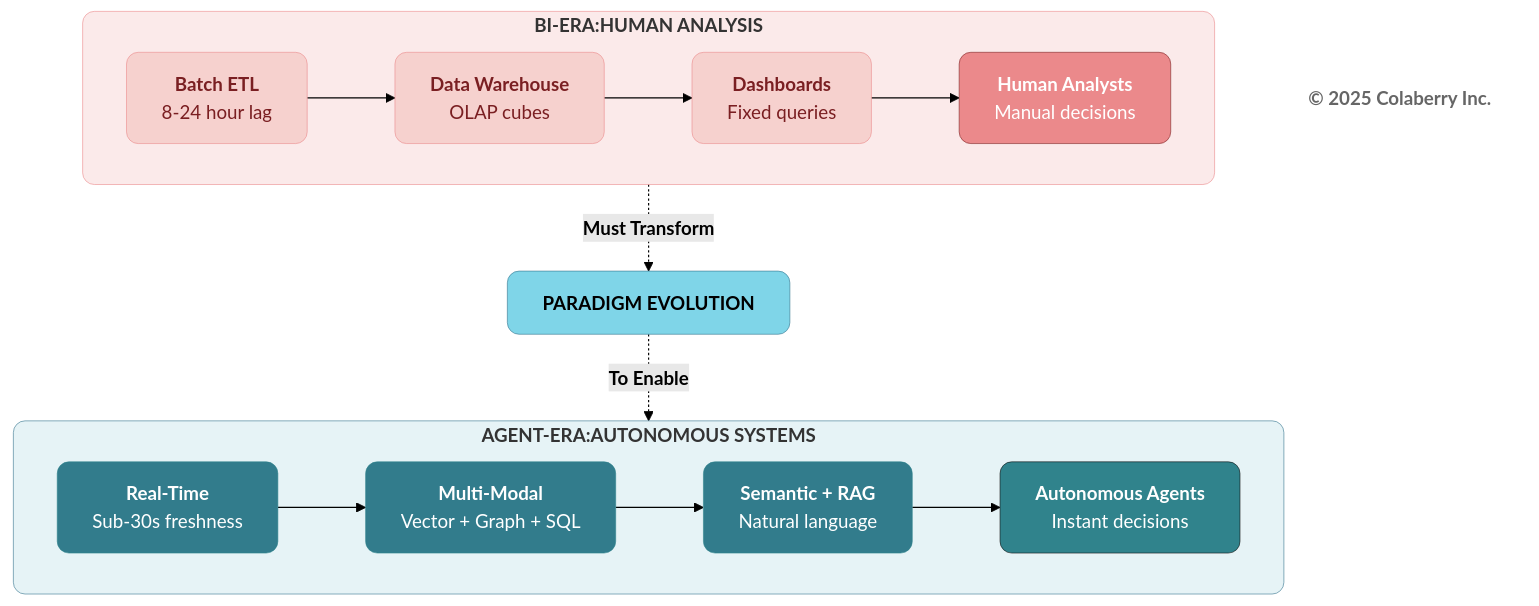
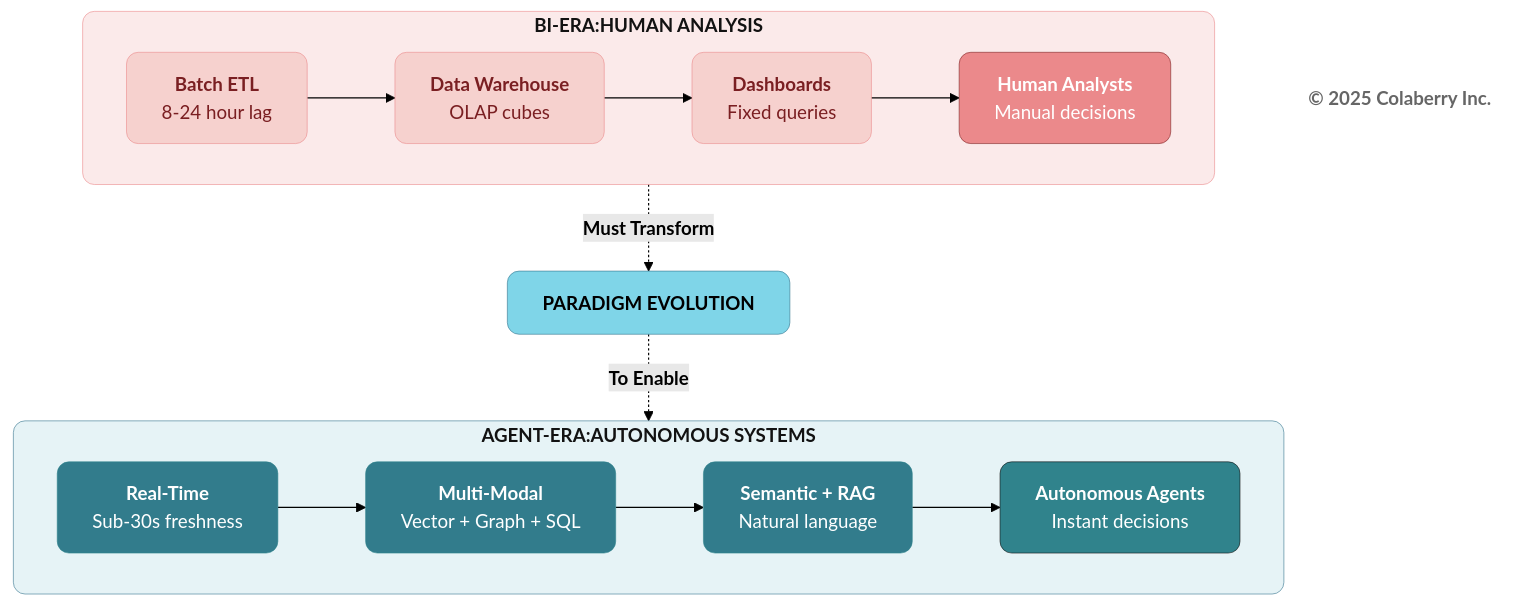
One commit to saitejesh-cyber/trust-before-intelligence-book changed the third of 4 diagrams in manuscript/04_chapter_3_from_bi_to_agent.md. Above: the diagram before and after it, drawn with Mermaid (forest theme). The commit also changed other lines of this file and 12 other files, not shown here.

````diff
--- a/manuscript/04_chapter_3_from_bi_to_agent.md
+++ b/manuscript/04_chapter_3_from_bi_to_agent.md
@@ -204,48 +204,48 @@
 ```mermaid
 graph TB
     subgraph old["<b>BI-ERA:HUMAN ANALYSIS</b>"]
         direction LR
         O1["<b>Batch ETL</b><br/>8-24 hour lag"]
         O2["<b>Data Warehouse</b><br/>OLAP cubes"]
         O3["<b>Dashboards</b><br/>Fixed queries"]
         O4["<b>Human Analysts</b><br/>Manual decisions"]
         
         O1 --> O2 --> O3 --> O4
     end
     
     Shift["<b>PARADIGM EVOLUTION</b>"]
     
     subgraph new["<b>AGENT-ERA:AUTONOMOUS     SYSTEMS</b>"]
         direction LR
         N1["<b>Real-Time</b><br/>Sub-30s freshness"]
         N2["<b>Multi-Modal</b><br/>Vector + Graph + SQL"]
         N3["<b>Semantic + RAG</b><br/>Natural language"]
         N4["<b>Autonomous Agents</b><br/>Instant decisions"]
         
         N1 --> N2 --> N3 --> N4
     end
 
     old -.->|<b>Must Transform</b>| Shift
     Shift -.->|<b>To Enable</b>| new
 
     %% BI ERA — Problems / Failures (CORAL)
-    style old fill:#FBEAEA,stroke:#EB898B,stroke-width:0.5px,rx:10,ry:10
+    style old fill:#FBEAEA,stroke:#EB898B,stroke-width:0.5px,color:#121212,rx:10,ry:10
     style O1 fill:#F6D1CE,stroke:#EB898B,stroke-width:0.5px,color:#7A1F22,rx:10,ry:10
     style O2 fill:#F6D1CE,stroke:#EB898B,stroke-width:0.5px,color:#7A1F22,rx:10,ry:10
     style O3 fill:#F6D1CE,stroke:#EB898B,stroke-width:0.5px,color:#7A1F22,rx:10,ry:10
     style O4 fill:#EB898B,color:#ffffff,stroke:#7A1F22,stroke-width:0.5px,rx:10,ry:10
 
     %% TRANSITION — Neutral / Informative (LIGHT CYAN)
     style Shift fill:#7FD5E8,stroke:#32738C,stroke-width:0.5px,color:#00323,rx:10,ry:10
 
     %% AGENT ERA — Solutions / Modern (TEAL)
-    style new fill:#E6F3F6,stroke:#32738C,stroke-width:0.5px,rx:10,ry:10
+    style new fill:#E6F3F6,stroke:#32738C,stroke-width:0.5px,color:#121212,rx:10,ry:10
     style N1 fill:#327C8C,stroke:#30838C,stroke-width:0.5px,color:#ffffff,rx:10,ry:10
     style N2 fill:#327C8C,stroke:#30838C,stroke-width:0.5px,color:#ffffff,rx:10,ry:10
     style N3 fill:#327C8C,stroke:#30838C,stroke-width:0.5px,color:#ffffff,rx:10,ry:10
     style N4 fill:#30838C,color:#ffffff,stroke:#0D0D0D,stroke-width:0.5px,rx:10,ry:10
 
     %% COPYRIGHT — Neutral
     Copyright["<b>© 2025 Colaberry Inc.</b>"]
     style Copyright fill:none,stroke:none,color:#666666
 ```
````
